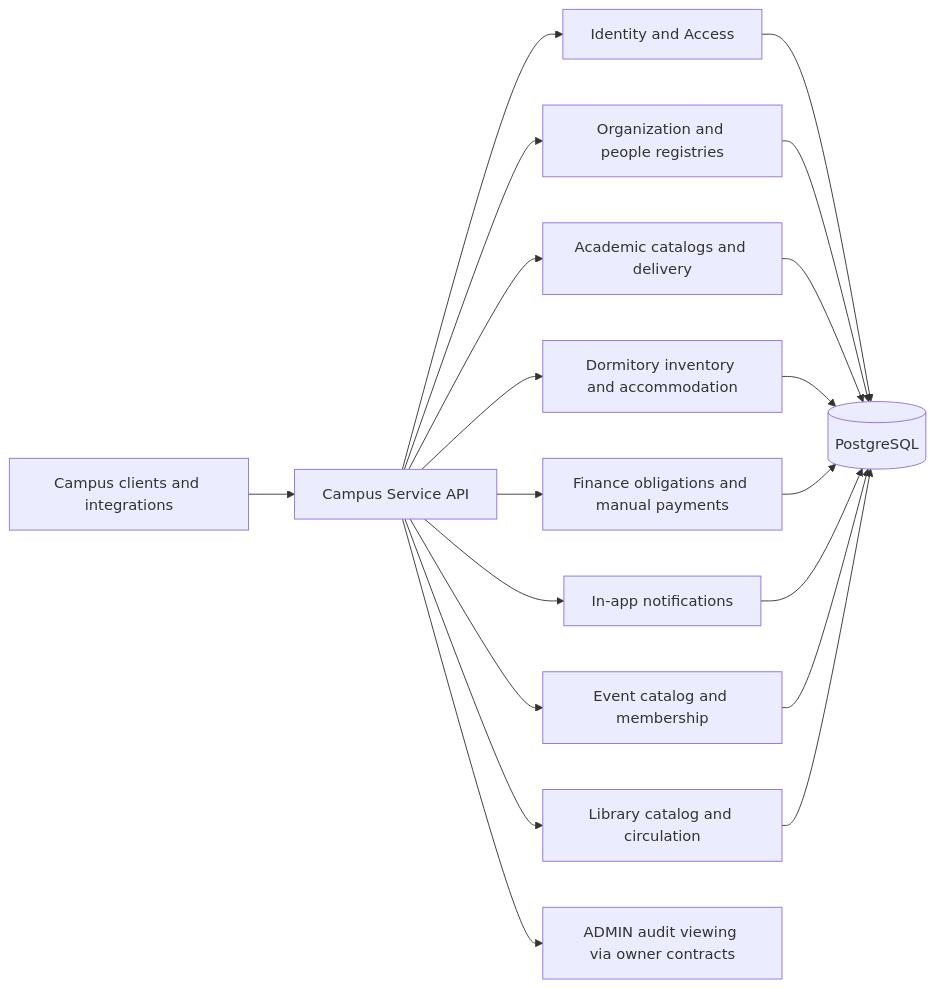
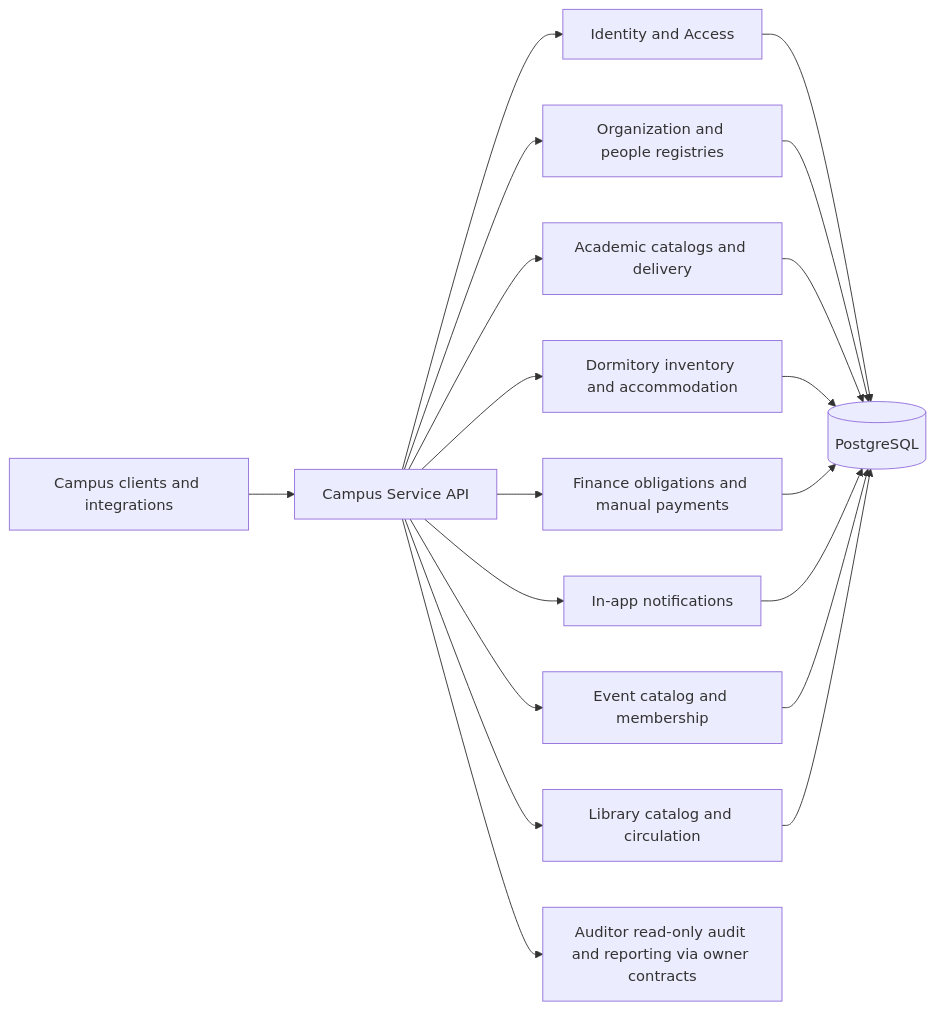
The first of 2 diagrams in docs/architecture.md (cdanh11/campus-service), drawn with Mermaid before and after one commit. The commit also changed other lines of this file and 16 other files, not shown here.

````diff
--- a/docs/architecture.md
+++ b/docs/architecture.md
@@ -15,21 +15,21 @@
 ```mermaid
 flowchart LR
     Client[Campus clients and integrations] --> API[Campus Service API]
     API --> IAM[Identity and Access]
     API --> Registry[Organization and people registries]
     API --> Academic[Academic catalogs and delivery]
     API --> Dormitory[Dormitory inventory and accommodation]
     API --> Finance[Finance obligations and manual payments]
     API --> Notification[In-app notifications]
     API --> Event[Event catalog and membership]
     API --> Library[Library catalog and circulation]
-    API --> Audit[ADMIN audit viewing via owner contracts]
+    API --> Audit[Auditor read-only audit and reporting via owner contracts]
     IAM --> DB[(PostgreSQL)]
     Registry --> DB
     Academic --> DB
     Dormitory --> DB
     Finance --> DB
     Notification --> DB
     Event --> DB
     Library --> DB
 ```
````
